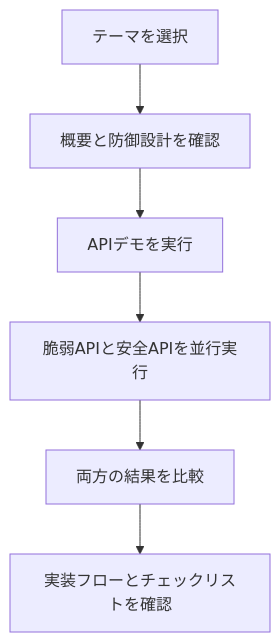
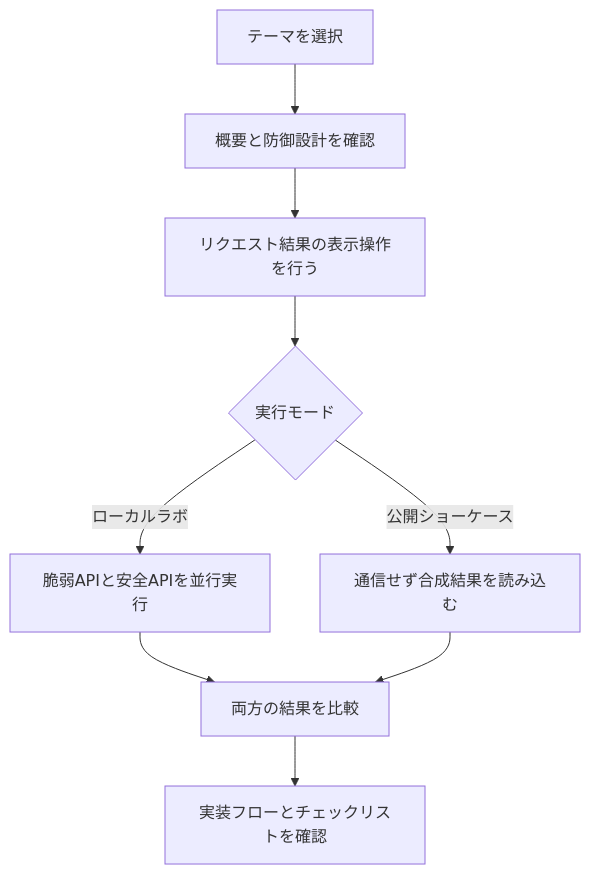
The second of 2 diagrams in docs/requirements.ja.md (kiryu1211/api-security-lab-platform), drawn with Mermaid before and after one commit. The commit also changed other lines of this file and 22 other files, not shown here.

````diff
--- a/docs/requirements.ja.md
+++ b/docs/requirements.ja.md
@@ -172,8 +209,11 @@
 ```mermaid
 flowchart TD
     A[テーマを選択] --> B[概要と防御設計を確認]
-    B --> C[APIデモを実行]
-    C --> D[脆弱APIと安全APIを並行実行]
-    D --> E[両方の結果を比較]
-    E --> F[実装フローとチェックリストを確認]
+    B --> C[リクエスト結果の表示操作を行う]
+    C --> D{実行モード}
+    D -- ローカルラボ --> E[脆弱APIと安全APIを並行実行]
+    D -- 公開ショーケース --> F[通信せず合成結果を読み込む]
+    E --> G[両方の結果を比較]
+    F --> G
+    G --> H[実装フローとチェックリストを確認]
 ```
````
